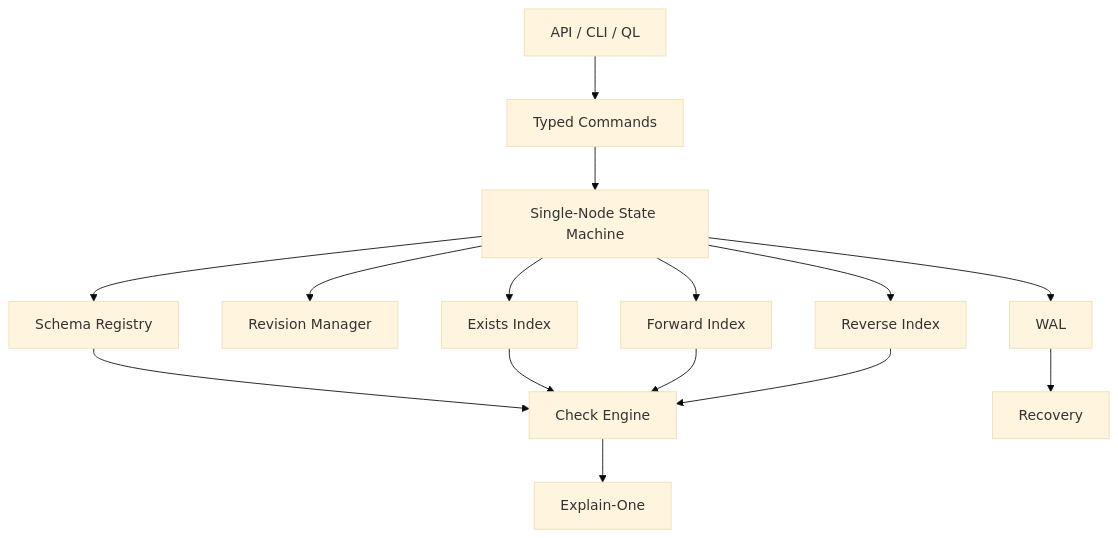
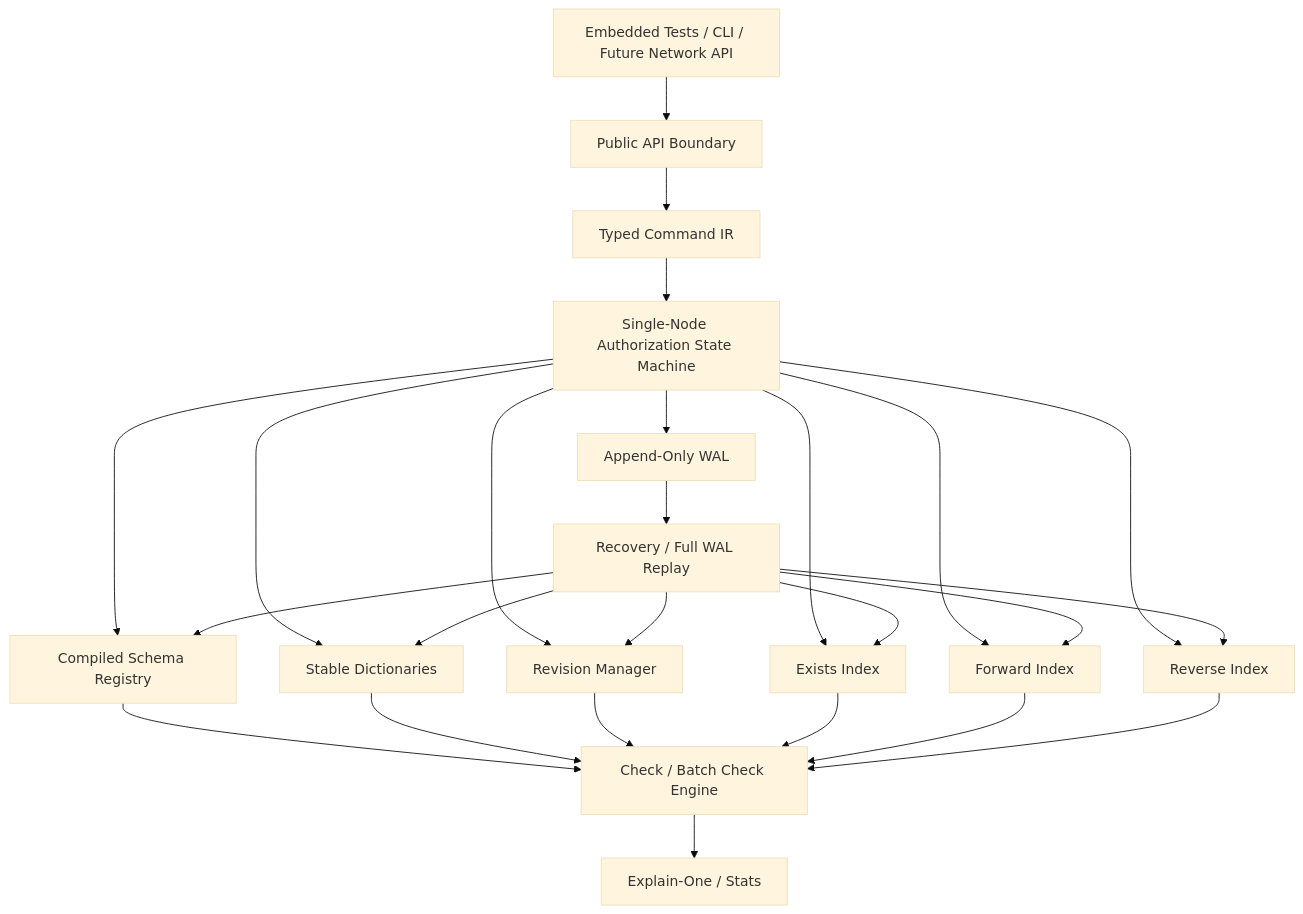
One commit to maneki-technology/veriqik changed the diagram in docs/specs/MVP1_Technical_Spec.md. Above: the diagram before and after it, drawn with Mermaid (base theme). The commit also changed other lines of this file and 5 other files, not shown here.

````diff
--- a/docs/specs/MVP1_Technical_Spec.md
+++ b/docs/specs/MVP1_Technical_Spec.md
@@ -117,20 +118,31 @@
 ```mermaid
 flowchart TD
-    API[API / CLI / QL] --> Commands[Typed Commands]
-    Commands --> StateMachine[Single-Node State Machine]
+    Client[Embedded Tests / CLI / Future Network API] --> API[Public API Boundary]
+    API --> Command[Typed Command IR]
+    Command --> Engine[Single-Node Authorization State Machine]
 
-    StateMachine --> WAL[WAL]
-    StateMachine --> Revision[Revision Manager]
-    StateMachine --> SchemaRegistry[Schema Registry]
-    StateMachine --> Exists[Exists Index]
-    StateMachine --> Forward[Forward Index]
-    StateMachine --> Reverse[Reverse Index]
+    Engine --> WAL[Append-Only WAL]
+    Engine --> Revision[Revision Manager]
+    Engine --> Schema[Compiled Schema Registry]
+    Engine --> Dictionary[Stable Dictionaries]
+    Engine --> Exists[Exists Index]
+    Engine --> Forward[Forward Index]
+    Engine --> Reverse[Reverse Index]
 
-    SchemaRegistry --> CheckEngine[Check Engine]
-    Exists --> CheckEngine
-    Forward --> CheckEngine
-    Reverse --> CheckEngine
+    WAL --> Recovery[Recovery / Full WAL Replay]
+    Recovery --> Revision
+    Recovery --> Schema
+    Recovery --> Dictionary
+    Recovery --> Exists
+    Recovery --> Forward
+    Recovery --> Reverse
 
-    CheckEngine --> Explain[Explain-One]
-    WAL --> Recovery[Recovery]
+    Schema --> Check[Check / Batch Check Engine]
+    Dictionary --> Check
+    Revision --> Check
+    Exists --> Check
+    Forward --> Check
+    Reverse --> Check
+
+    Check --> Explain[Explain-One / Stats]
 ```
````
